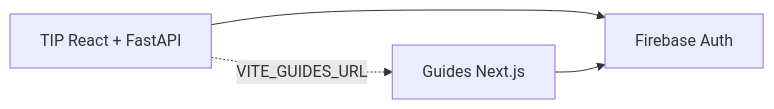
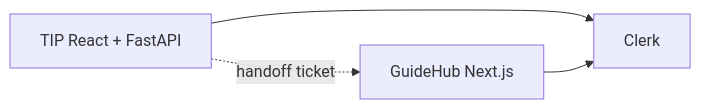
Before and after one commit to Kseme277/traumatec-impact-platform: the second of 3 diagrams in docs/architecture.md, drawn with Mermaid. The commit also changed other lines of this file and 44 other files, not shown here.

````diff
--- a/docs/architecture.md
+++ b/docs/architecture.md
@@ -61,6 +64,6 @@
 ```mermaid
 flowchart LR
-    TIP[TIP React + FastAPI] --> FB[Firebase Auth]
-    GUIDES[Guides Next.js] --> FB
-    TIP -.->|VITE_GUIDES_URL| GUIDES
+    TIP[TIP React + FastAPI] --> CLERK[Clerk]
+    GUIDES[GuideHub Next.js] --> CLERK
+    TIP -.->|handoff ticket| GUIDES
 ```
````
